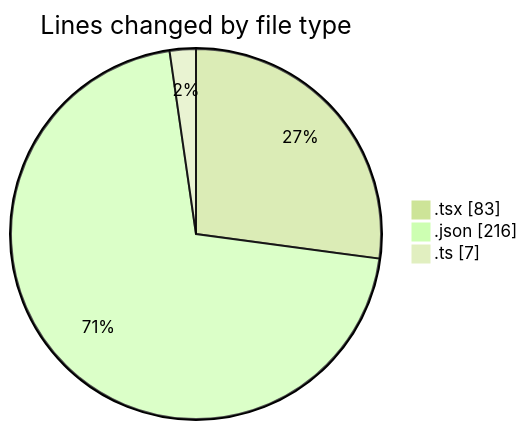
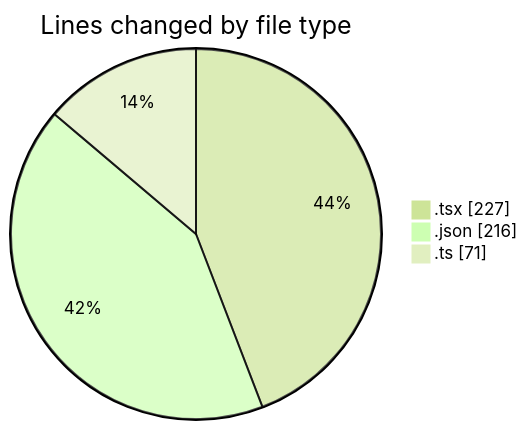
The first of 2 diagrams in 2025-04-08/sungpt/README.md (Elitesun/code-tracking), drawn with Mermaid (forest theme) before and after one commit. The commit also changed other lines of this file and 1 other file, not shown here.

````diff
--- a/2025-04-08/sungpt/README.md
+++ b/2025-04-08/sungpt/README.md
@@ -25,7 +26,7 @@
 ```mermaid
 pie showData
 title Lines changed by file type
-".tsx" : 83
+".tsx" : 227
 ".json" : 216
-".ts" : 7
+".ts" : 71
 ```
````
